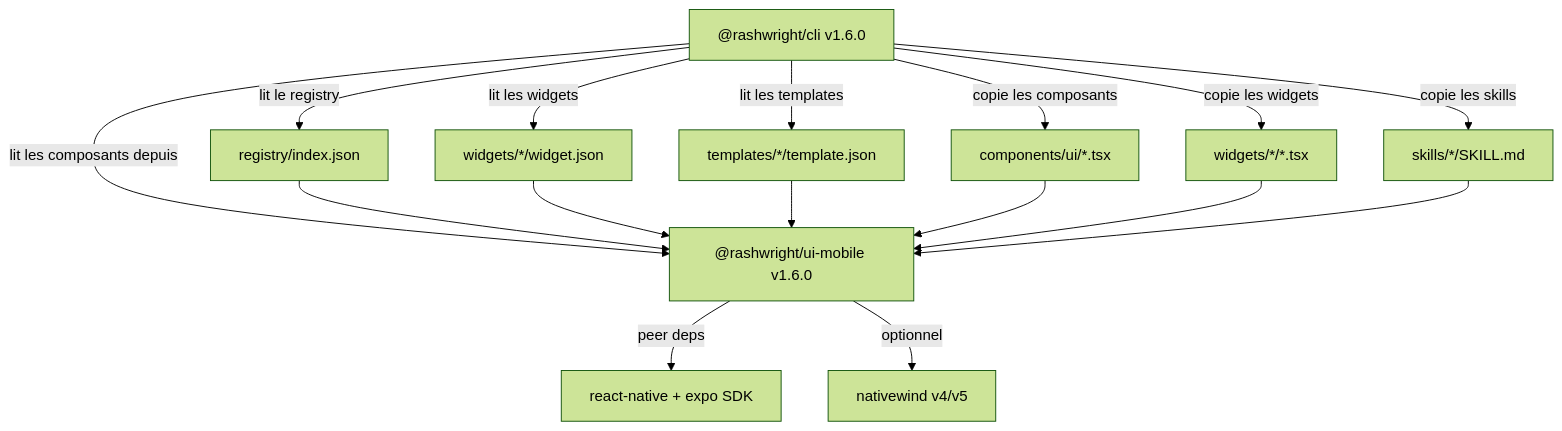
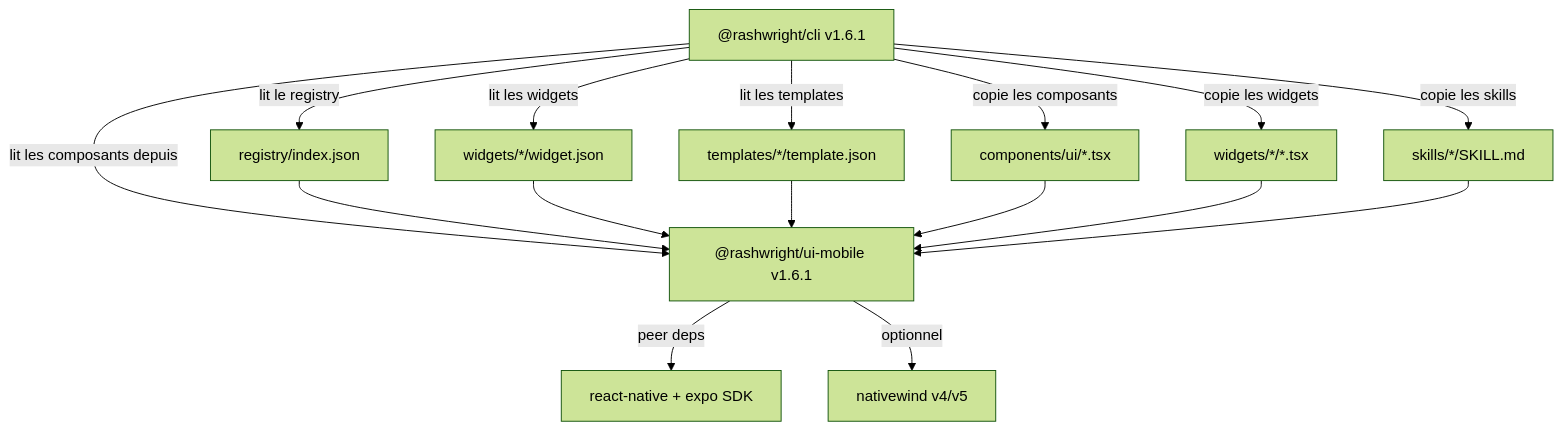
Before and after one commit to AbdoulRachid-Mz/rashwright-ui: the third of 3 diagrams in architecture.md, drawn with Mermaid (forest theme). The commit also changed other lines of this file and 193 other files, not shown here.

````diff
--- a/architecture.md
+++ b/architecture.md
@@ -576,23 +576,23 @@
 ```mermaid
 graph TD
-    CLI["@rashwright/cli v1.6.0"]
-    UI["@rashwright/ui-mobile v1.6.0"]
+    CLI["@rashwright/cli v1.6.1"]
+    UI["@rashwright/ui-mobile v1.6.1"]
     
     CLI --> |"lit les composants depuis"| UI
     CLI --> |"lit le registry"| UIReg["registry/index.json"]
     CLI --> |"lit les widgets"| UIWidg["widgets/*/widget.json"]
     CLI --> |"lit les templates"| UITempl["templates/*/template.json"]
     CLI --> |"copie les composants"| UIComp["components/ui/*.tsx"]
     CLI --> |"copie les widgets"| UIWidgFiles["widgets/*/*.tsx"]
     CLI --> |"copie les skills"| UISkills["skills/*/SKILL.md"]
     
     UIReg --> UI
     UIWidg --> UI
     UITempl --> UI
     UIComp --> UI
     UIWidgFiles --> UI
     UISkills --> UI
     
     UI --> |"peer deps"| RN["react-native + expo SDK"]
     UI --> |"optionnel"| NW["nativewind v4/v5"]
 ```
````
